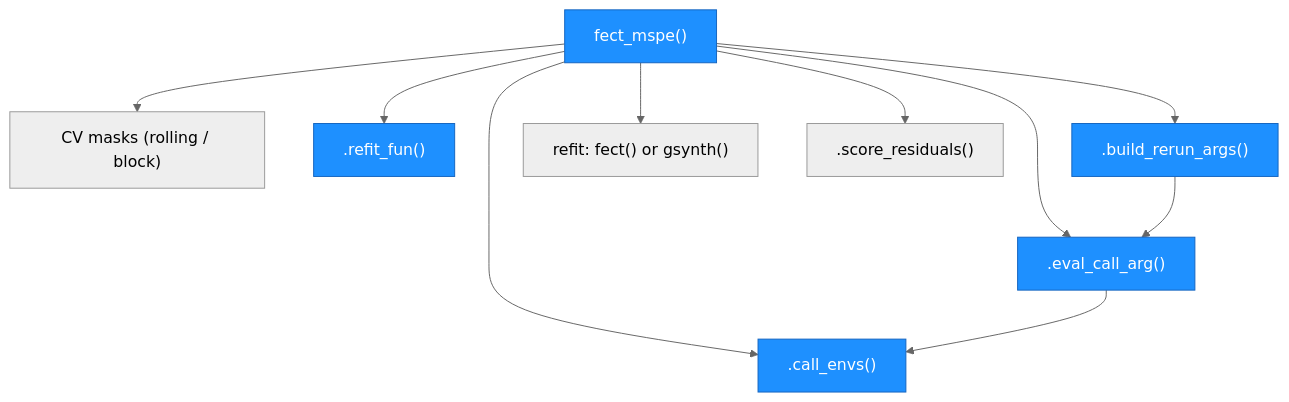
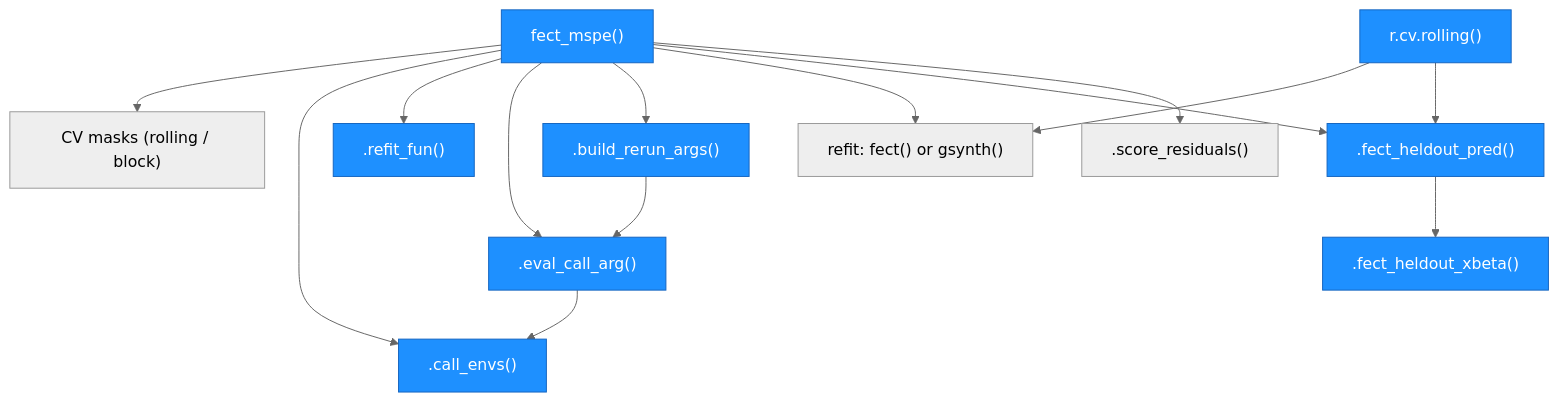
One commit to xuyiqing/fect changed the fifth of 6 diagrams in ARCHITECTURE.md. Above: the diagram before and after it, drawn with Mermaid. The commit also changed other lines of this file and 1 other file, not shown here.

First line of the commit message:
docs: NEWS and ARCHITECTURE.md for fect #152-#161 and #163

````diff
--- a/ARCHITECTURE.md
+++ b/ARCHITECTURE.md
@@ -380,28 +401,38 @@
 ```mermaid
 %%{init: {'theme': 'neutral'}}%%
 graph TD
     MS["fect_mspe()"]
+    RC["r.cv.rolling()"]
     MK["CV masks (rolling / block)"]
     CE[".call_envs()"]
     EA[".eval_call_arg()"]
     RF[".refit_fun()"]
     BR[".build_rerun_args()"]
     FT["refit: fect() or gsynth()"]
+    HP[".fect_heldout_pred()"]
+    XB[".fect_heldout_xbeta()"]
     SR[".score_residuals()"]
 
     MS --> MK
     MS --> CE
     MS --> RF
     MS --> EA
     MS --> BR
     BR --> EA
     EA --> CE
     MS --> FT
+    MS --> HP
     MS --> SR
+    RC --> FT
+    RC --> HP
+    HP --> XB
 
     style MS fill:#1e90ff,stroke:#1565c0,color:#fff
+    style RC fill:#1e90ff,stroke:#1565c0,color:#fff
     style CE fill:#1e90ff,stroke:#1565c0,color:#fff
     style EA fill:#1e90ff,stroke:#1565c0,color:#fff
     style RF fill:#1e90ff,stroke:#1565c0,color:#fff
     style BR fill:#1e90ff,stroke:#1565c0,color:#fff
+    style HP fill:#1e90ff,stroke:#1565c0,color:#fff
+    style XB fill:#1e90ff,stroke:#1565c0,color:#fff
 ```
````
